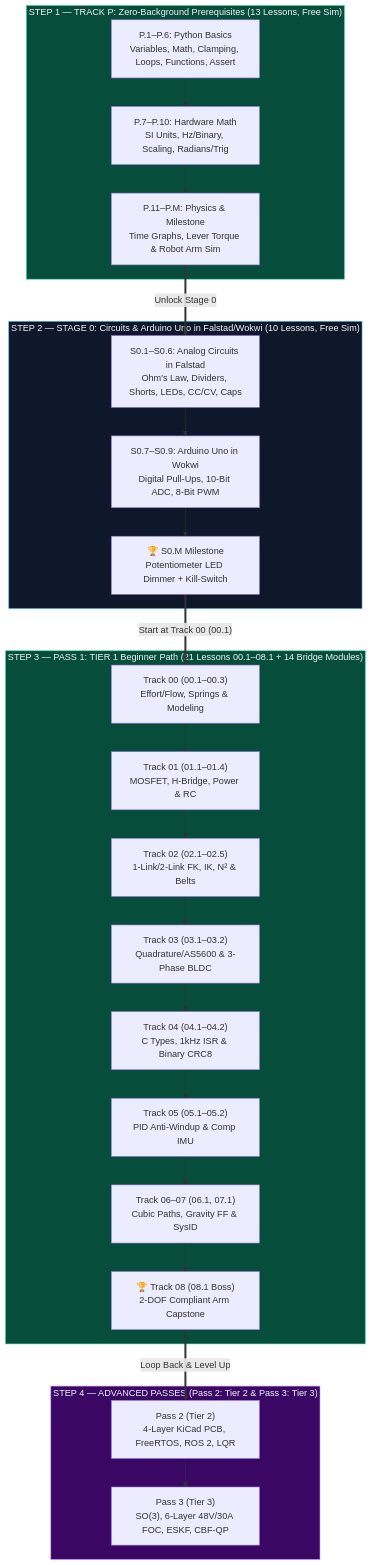
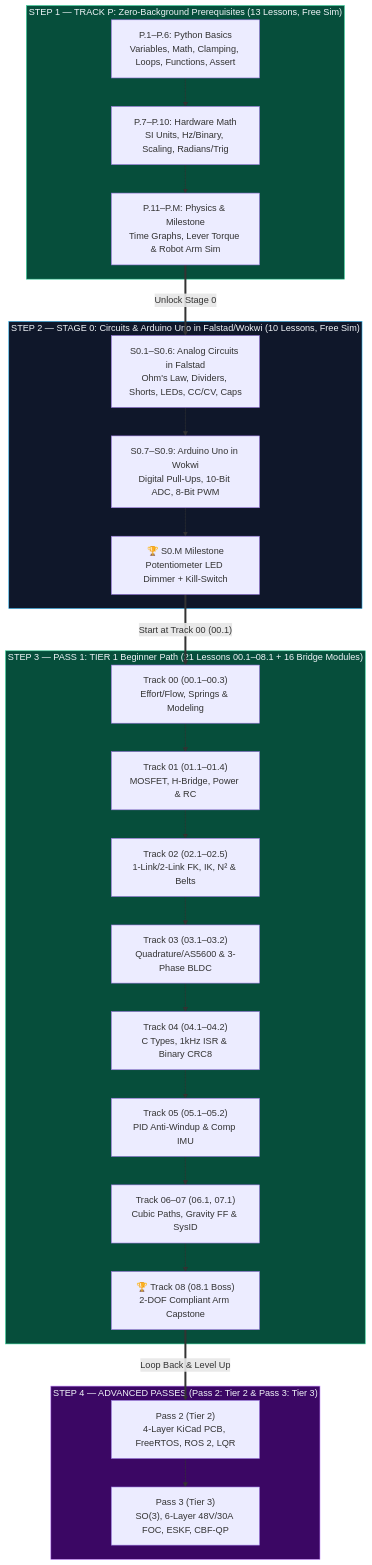
One commit to TLE47/Mechatronics-Roadmap changed the diagram in README.md. Above: the diagram before and after it, drawn with Mermaid. The commit also changed other lines of this file and 68 other files, not shown here.

````diff
--- a/README.md
+++ b/README.md
@@ -34,27 +34,27 @@
 ```mermaid
 flowchart TB
     subgraph TP["STEP 1 — TRACK P: Zero-Background Prerequisites (13 Lessons, Free Sim)"]
         TP_1["P.1–P.6: Python Basics<br/>Variables, Math, Clamping, Loops, Functions, Assert"] --> TP_2["P.7–P.10: Hardware Math<br/>SI Units, Hz/Binary, Scaling, Radians/Trig"] --> TP_3["P.11–P.M: Physics & Milestone<br/>Time Graphs, Lever Torque & Robot Arm Sim"]
     end
 
     subgraph L0["STEP 2 — STAGE 0: Circuits & Arduino Uno in Falstad/Wokwi (10 Lessons, Free Sim)"]
         L0_1["S0.1–S0.6: Analog Circuits in Falstad<br/>Ohm's Law, Dividers, Shorts, LEDs, CC/CV, Caps"] --> L0_2["S0.7–S0.9: Arduino Uno in Wokwi<br/>Digital Pull-Ups, 10-Bit ADC, 8-Bit PWM"] --> L0_3["🏆 S0.M Milestone<br/>Potentiometer LED Dimmer + Kill-Switch"]
     end
 
-    subgraph P1["STEP 3 — PASS 1: TIER 1 Beginner Path (21 Lessons 00.1–08.1 + 14 Bridge Modules)"]
+    subgraph P1["STEP 3 — PASS 1: TIER 1 Beginner Path (21 Lessons 00.1–08.1 + 16 Bridge Modules)"]
         T1_0["Track 00 (00.1–00.3)<br/>Effort/Flow, Springs & Modeling"] --> T1_1["Track 01 (01.1–01.4)<br/>MOSFET, H-Bridge, Power & RC"] --> T1_2["Track 02 (02.1–02.5)<br/>1-Link/2-Link FK, IK, N² & Belts"] --> T1_3["Track 03 (03.1–03.2)<br/>Quadrature/AS5600 & 3-Phase BLDC"] --> T1_4["Track 04 (04.1–04.2)<br/>C Types, 1kHz ISR & Binary CRC8"] --> T1_5["Track 05 (05.1–05.2)<br/>PID Anti-Windup & Comp IMU"] --> T1_6["Track 06–07 (06.1, 07.1)<br/>Cubic Paths, Gravity FF & SysID"] --> T1_8["🏆 Track 08 (08.1 Boss)<br/>2-DOF Compliant Arm Capstone"]
     end
 
     subgraph P2["STEP 4 — ADVANCED PASSES (Pass 2: Tier 2 & Pass 3: Tier 3)"]
         T2_0["Pass 2 (Tier 2)<br/>4-Layer KiCad PCB, FreeRTOS, ROS 2, LQR"] --> T3_0["Pass 3 (Tier 3)<br/>SO(3), 6-Layer 48V/30A FOC, ESKF, CBF-QP"]
     end
 
     TP_3 ==>|"Unlock Stage 0"| L0_1
     L0_3 ==>|"Start at Track 00 (00.1)"| T1_0
     T1_8 ==>|"Loop Back & Level Up"| T2_0
 
     style TP fill:#064e3b,stroke:#34d399,color:#f1f5f9
     style L0 fill:#0f172a,stroke:#38bdf8,color:#f1f5f9
     style P1 fill:#064e3b,stroke:#34d399,color:#f1f5f9
     style P2 fill:#3b0764,stroke:#c084fc,color:#f1f5f9
 ```
````
